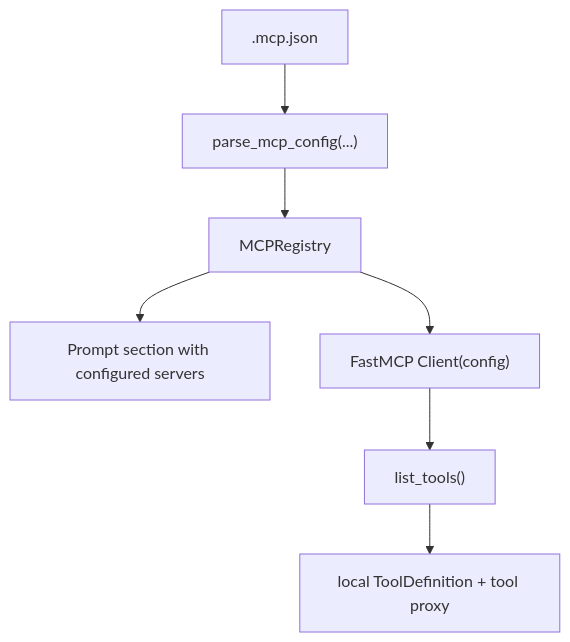
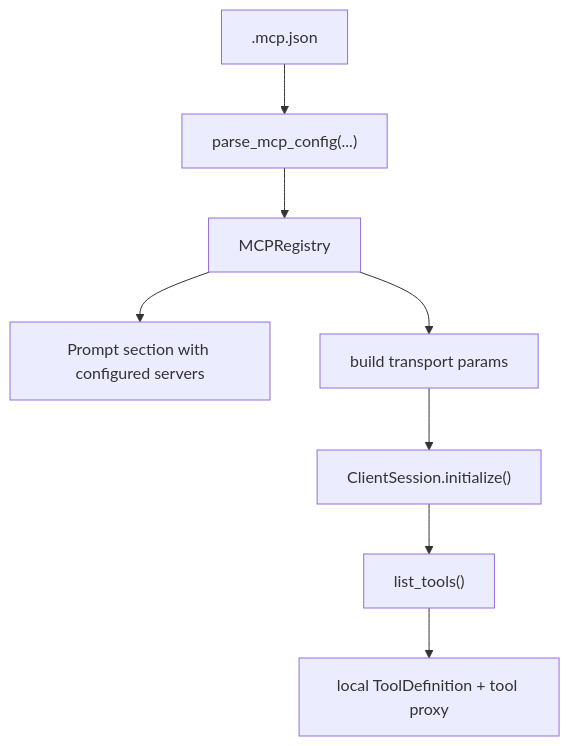
Before and after one commit to dzungtri/mini-claw-code: the first of 2 diagrams in mini-claw-code-book-py/src/ch15-mcp.md, drawn with Mermaid. The commit also changed other lines of this file and 5 other files, not shown here.

````diff
--- a/mini-claw-code-book-py/src/ch15-mcp.md
+++ b/mini-claw-code-book-py/src/ch15-mcp.md
@@ -114,9 +144,10 @@
 ```mermaid
 flowchart TD
     Config[".mcp.json"] --> Parse["parse_mcp_config(...)"]
     Parse --> Registry["MCPRegistry"]
     Registry --> Prompt["Prompt section with configured servers"]
-    Registry --> FastMCP["FastMCP Client(config)"]
-    FastMCP --> MCPTools["list_tools()"]
+    Registry --> Params["build transport params"]
+    Params --> Session["ClientSession.initialize()"]
+    Session --> MCPTools["list_tools()"]
     MCPTools --> Agent["local ToolDefinition + tool proxy"]
 ```
````
